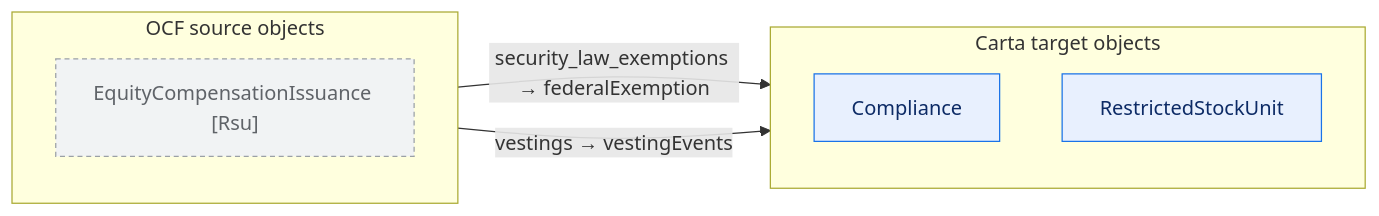
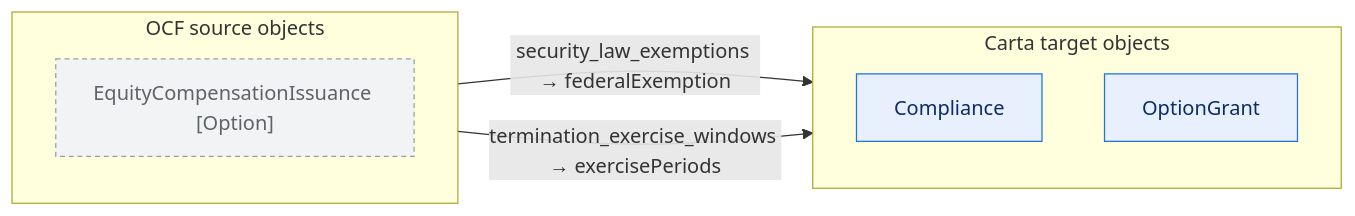
Before and after one commit to Open-Cap-Table-Coalition/OCF-Composed-Schemas: the fifth of 35 diagrams in docs/core-lossy-inventory.md, drawn with Mermaid. The commit also changed other lines of this file and 9 other files, not shown here.

````diff
--- a/docs/core-lossy-inventory.md
+++ b/docs/core-lossy-inventory.md
@@ -129,18 +107,18 @@
 ```mermaid
 flowchart LR
   classDef adm fill:#e6f4ea,stroke:#34a853,color:#0b3d20;
   classDef notadm fill:#f1f3f4,stroke:#9aa0a6,color:#5f6368,stroke-dasharray:4 3;
   classDef carta fill:#e8f0fe,stroke:#1a73e8,color:#0d2b66;
   classDef sink fill:#fce8e6,stroke:#d93025,color:#5c0d06;
   subgraph SRC["OCF source objects"]
     direction TB
-    o0["EquityCompensationIssuance [Rsu]"]:::notadm
+    o0["EquityCompensationIssuance [Option]"]:::notadm
   end
   subgraph TGT["Carta target objects"]
     direction TB
     t0["Compliance"]:::carta
-    t1["RestrictedStockUnit"]:::carta
+    t1["OptionGrant"]:::carta
   end
   o0 -->|"security_law_exemptions → federalExemption"| t0
-  o0 -->|"vestings → vestingEvents"| t1
+  o0 -->|"termination_exercise_windows → exercisePeriods"| t1
 ```
````
